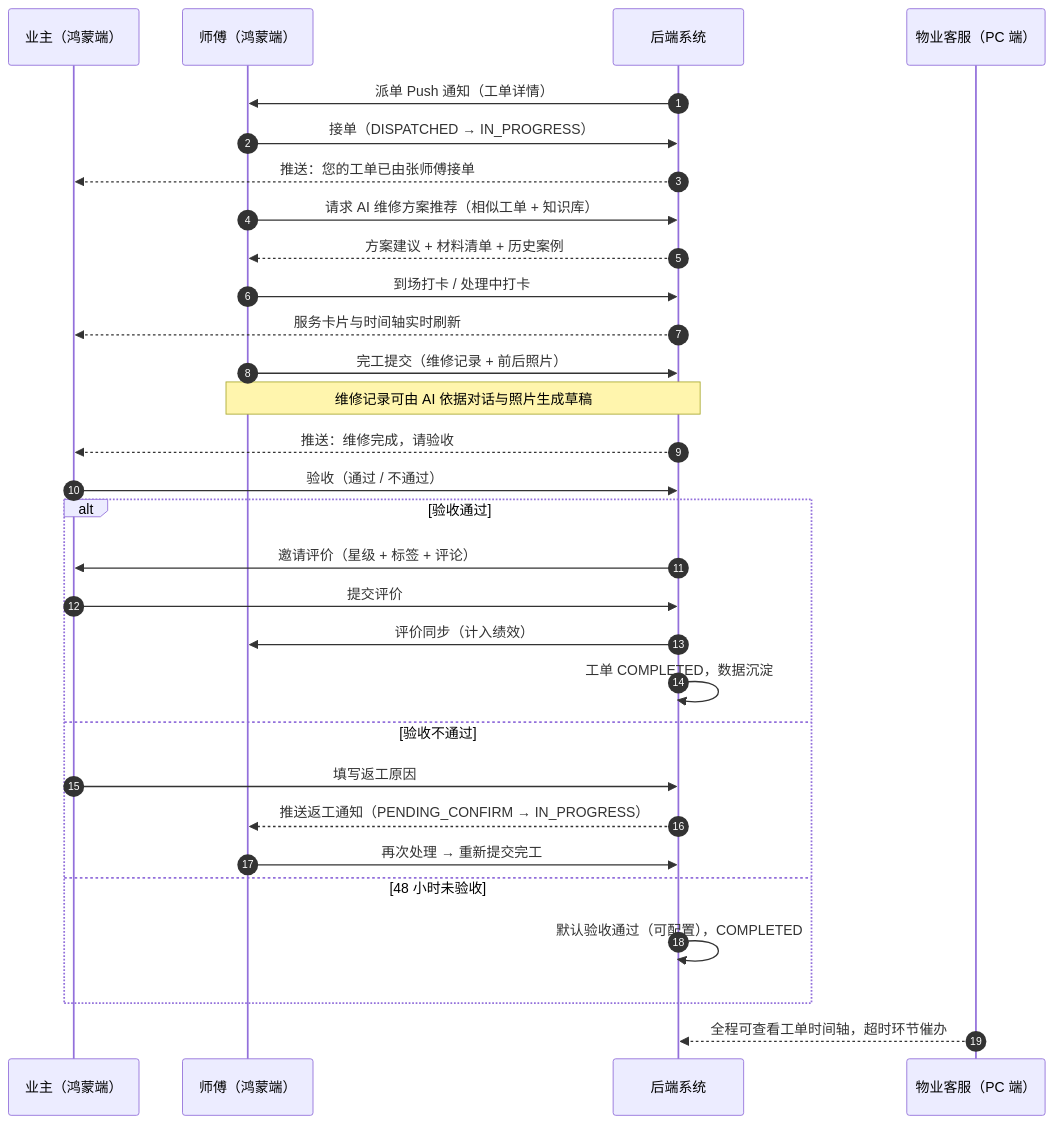
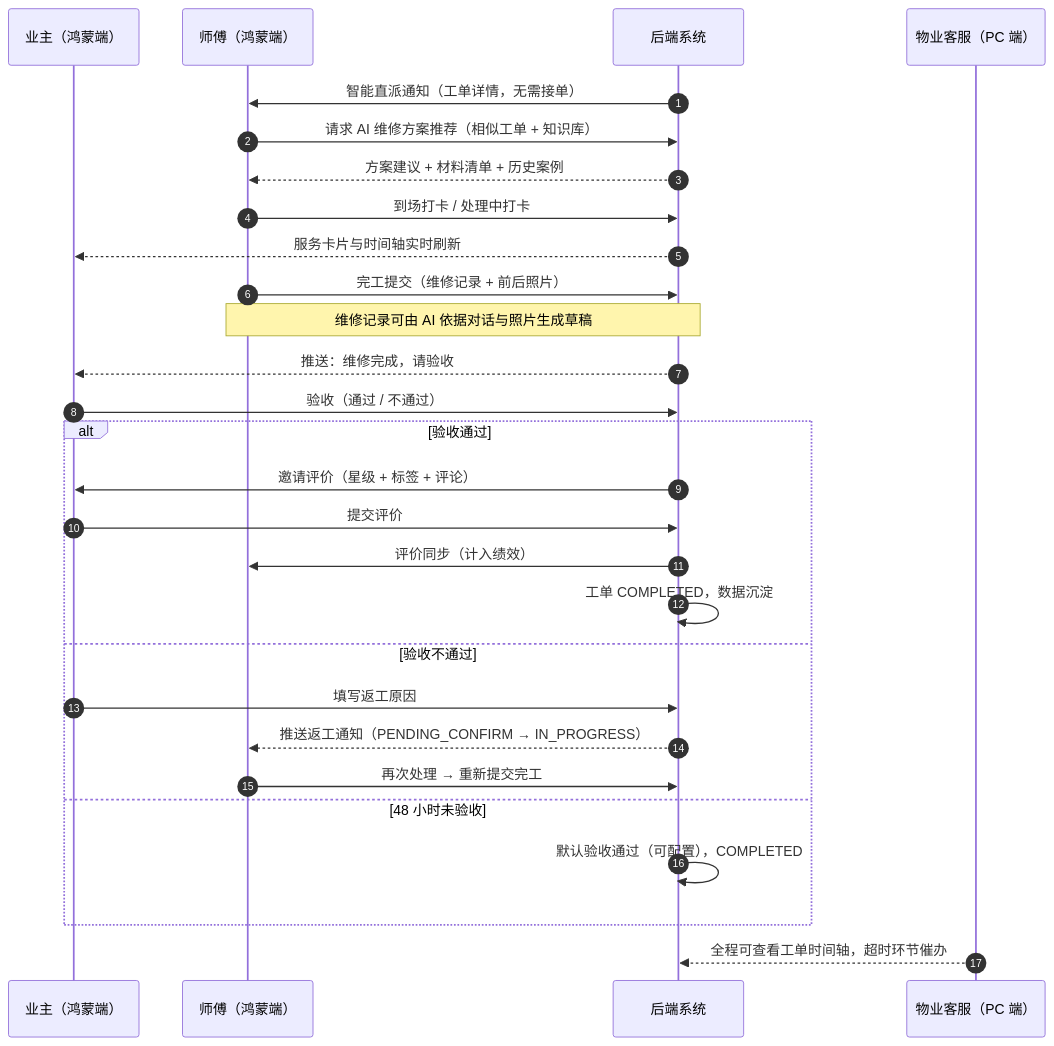
The sixth of 7 diagrams in docs/03-业务流程分析.md (Zayu2005/WarrantyPro), drawn with Mermaid before and after one commit. The commit also changed other lines of this file and 30 other files, not shown here.

````diff
--- a/docs/03-业务流程分析.md
+++ b/docs/03-业务流程分析.md
@@ -216,33 +212,31 @@
 ```mermaid
 sequenceDiagram
     autonumber
     participant O as 业主（鸿蒙端）
     participant W as 师傅（鸿蒙端）
     participant S as 后端系统
     participant C as 物业客服（PC 端）
 
-    S->>W: 派单 Push 通知（工单详情）
-    W->>S: 接单（DISPATCHED → IN_PROGRESS）
-    S-->>O: 推送：您的工单已由张师傅接单
+    S->>W: 智能直派通知（工单详情，无需接单）
     W->>S: 请求 AI 维修方案推荐（相似工单 + 知识库）
     S-->>W: 方案建议 + 材料清单 + 历史案例
     W->>S: 到场打卡 / 处理中打卡
     S-->>O: 服务卡片与时间轴实时刷新
     W->>S: 完工提交（维修记录 + 前后照片）
     Note over W,S: 维修记录可由 AI 依据对话与照片生成草稿
     S-->>O: 推送：维修完成，请验收
     O->>S: 验收（通过 / 不通过）
     alt 验收通过
         S->>O: 邀请评价（星级 + 标签 + 评论）
         O->>S: 提交评价
         S->>W: 评价同步（计入绩效）
         S->>S: 工单 COMPLETED，数据沉淀
     else 验收不通过
         O->>S: 填写返工原因
         S-->>W: 推送返工通知（PENDING_CONFIRM → IN_PROGRESS）
         W->>S: 再次处理 → 重新提交完工
     else 48 小时未验收
         S->>S: 默认验收通过（可配置），COMPLETED
     end
     C-->>S: 全程可查看工单时间轴，超时环节催办
 ```
````
